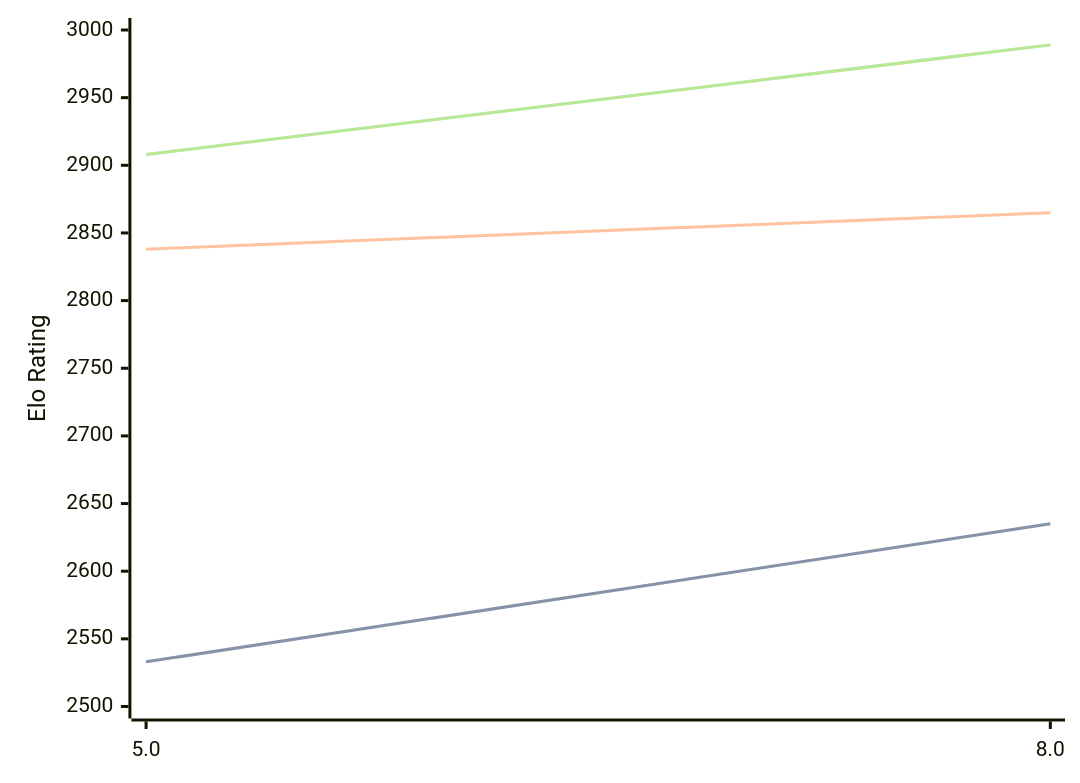
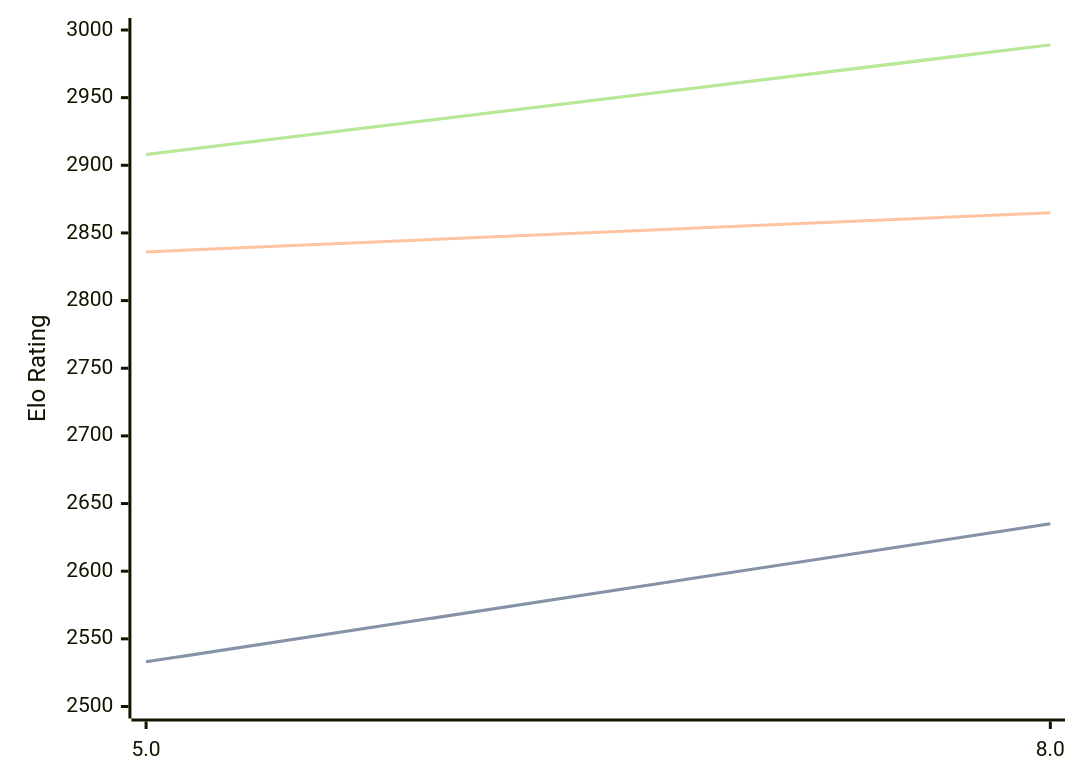
The diagram in engines/4kc.md (computer-chess-index/cci), drawn with Mermaid before and after one commit. The commit also changed other lines of this file, not shown here.

````diff
--- a/engines/4kc.md
+++ b/engines/4kc.md
@@ -41,11 +41,11 @@
 ```mermaid
 %%{init: {"theme":"base","themeVariables":{"seriesColors:['#a3a3a3','#222221','#faa371']}}}%%
 xychart-beta
   x-axis ["5.0", "8.0"]
   y-axis "Elo Rating" 2500 --> 3000
   line "STC (8.0+0.08s)" [2533, 2635]
   line "STC (8.0+0.08s)" [2533, 2635]
-  line "LTC (60.0+0.60s)" [2838, 2865]
+  line "LTC (60.0+0.60s)" [2836, 2865]
   line "VLTC (2m24s+1.12s)" [2908, 2989]
   line "VLTC (2m24s+1.12s)" [2908, 2989]
 ```
````
